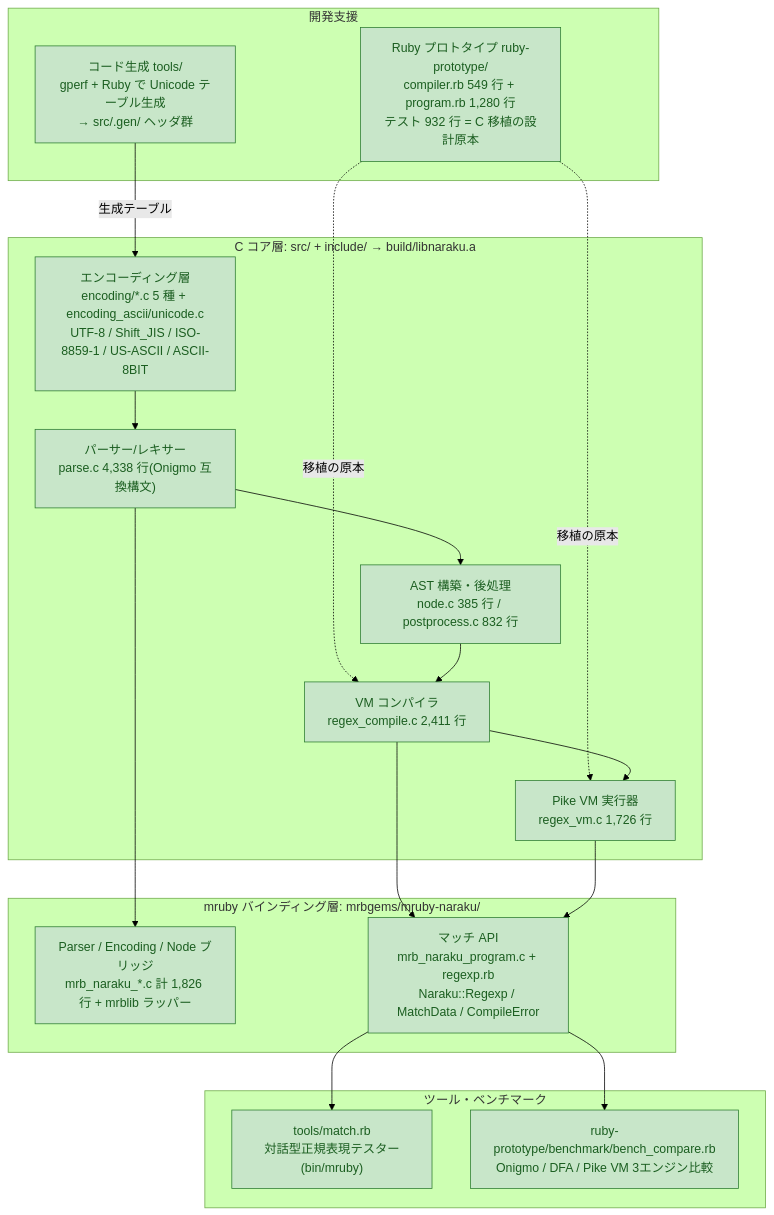
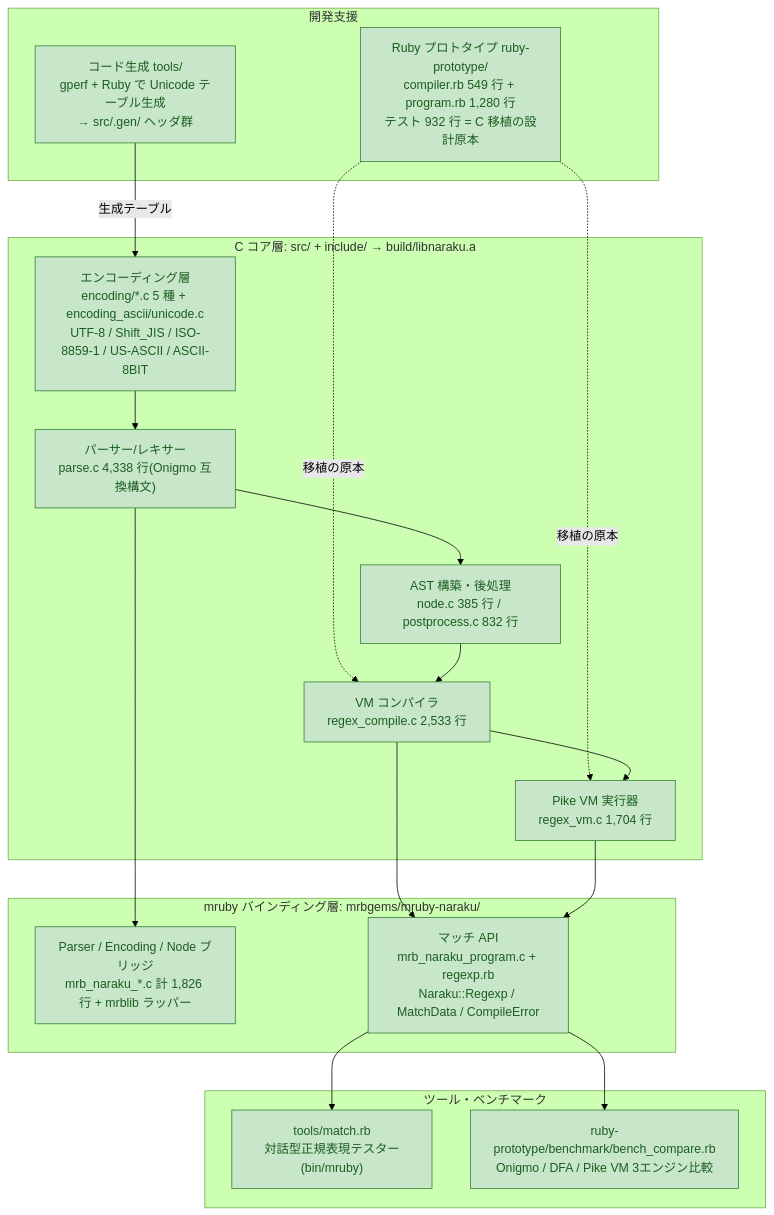
One commit to aim2bpg/naraku changed the fourth of 11 diagrams in docs/design/regex-vm.md. Above: the diagram before and after it, drawn with Mermaid (forest theme). The commit also changed other lines of this file and 2 other files, not shown here.

First line of the commit message:
feat: extend multi-char fold to compile_char_type and compile_char_prop

````diff
--- a/docs/design/regex-vm.md
+++ b/docs/design/regex-vm.md
@@ -117,41 +117,41 @@
 ```mermaid
 flowchart TD
     subgraph support["開発支援"]
         tools["コード生成 tools/<br/>gperf + Ruby で Unicode テーブル生成<br/>→ src/.gen/ ヘッダ群"]
         proto["Ruby プロトタイプ ruby-prototype/<br/>compiler.rb 549 行 + program.rb 1,280 行<br/>テスト 932 行 = C 移植の設計原本"]
     end
 
     subgraph core["C コア層: src/ + include/ → build/libnaraku.a"]
         enc["エンコーディング層<br/>encoding/*.c 5 種 + encoding_ascii/unicode.c<br/>UTF-8 / Shift_JIS / ISO-8859-1 / US-ASCII / ASCII-8BIT"]
         parser["パーサー/レキサー<br/>parse.c 4,338 行(Onigmo 互換構文)"]
         ast["AST 構築・後処理<br/>node.c 385 行 / postprocess.c 832 行"]
-        comp["VM コンパイラ<br/>regex_compile.c 2,411 行"]
-        vm["Pike VM 実行器<br/>regex_vm.c 1,726 行"]
+        comp["VM コンパイラ<br/>regex_compile.c 2,533 行"]
+        vm["Pike VM 実行器<br/>regex_vm.c 1,704 行"]
     end
 
     subgraph mrb["mruby バインディング層: mrbgems/mruby-naraku/"]
         bridgeDone["Parser / Encoding / Node ブリッジ<br/>mrb_naraku_*.c 計 1,826 行 + mrblib ラッパー"]
         bridgeMatch["マッチ API<br/>mrb_naraku_program.c + regexp.rb<br/>Naraku::Regexp / MatchData / CompileError"]
     end
 
     subgraph tooling["ツール・ベンチマーク"]
         repl["tools/match.rb<br/>対話型正規表現テスター(bin/mruby)"]
         bench["ruby-prototype/benchmark/bench_compare.rb<br/>Onigmo / DFA / Pike VM 3エンジン比較"]
     end
 
     tools -->|生成テーブル| enc
     proto -.->|移植の原本| comp
     proto -.->|移植の原本| vm
     enc --> parser
     parser --> ast
     ast --> comp
     comp --> vm
     parser --> bridgeDone
     comp --> bridgeMatch
     vm --> bridgeMatch
     bridgeMatch --> repl
     bridgeMatch --> bench
 
     classDef done fill:#c8e6c9,stroke:#2e7d32,color:#1b5e20
     class enc,parser,ast,tools,proto,bridgeDone,comp,vm,bridgeMatch,repl,bench done
 ```
````
